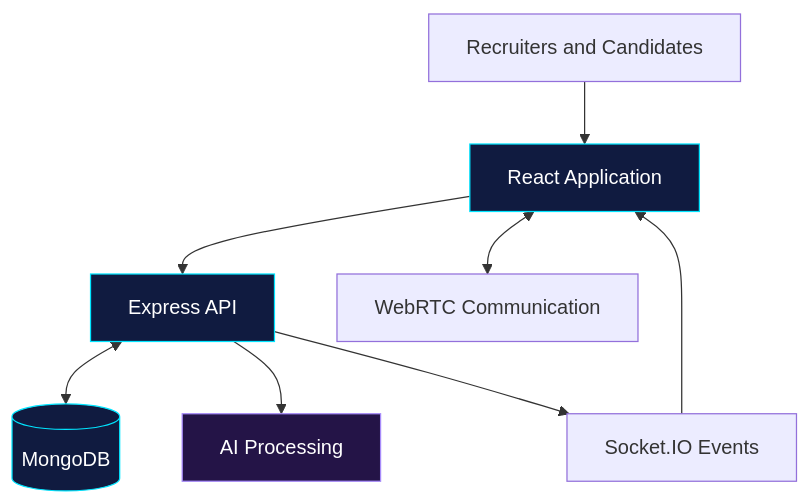
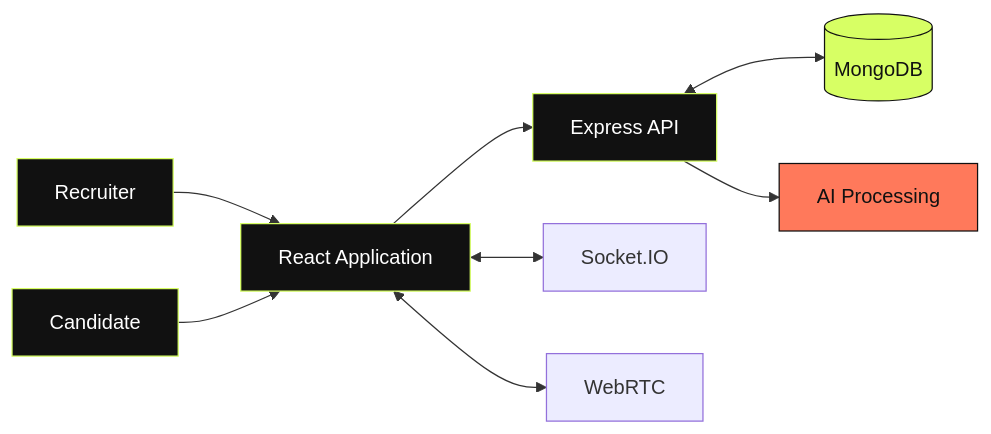
One commit to sandhruv/sandhruv changed the second of 3 diagrams in README.md. Above: the diagram before and after it, drawn with Mermaid. The commit also changed other lines of this file, not shown here.

````diff
--- a/README.md
+++ b/README.md
@@ -170,15 +192,17 @@
 ```mermaid
-flowchart TD
-    U[Recruiters and Candidates] --> UI[React Application]
-    UI --> API[Express API]
-    API <--> DB[(MongoDB)]
-    API --> AI[AI Processing]
-    API --> RT[Socket.IO Events]
-    UI <--> RTC[WebRTC Communication]
-    RT --> UI
+flowchart LR
+    A["Recruiter"] --> B["React Application"]
+    C["Candidate"] --> B
+    B --> D["Express API"]
+    D <--> E[("MongoDB")]
+    D --> F["AI Processing"]
+    B <--> G["Socket.IO"]
+    B <--> H["WebRTC"]
 
-    style UI fill:#101B40,stroke:#00E5FF,color:#FFFFFF
-    style API fill:#101B40,stroke:#00E5FF,color:#FFFFFF
-    style AI fill:#241447,stroke:#A78BFA,color:#FFFFFF
-    style DB fill:#101B40,stroke:#00E5FF,color:#FFFFFF
+    style A fill:#111111,stroke:#D7FF64,color:#FFFFFF
+    style C fill:#111111,stroke:#D7FF64,color:#FFFFFF
+    style B fill:#111111,stroke:#D7FF64,color:#FFFFFF
+    style D fill:#111111,stroke:#D7FF64,color:#FFFFFF
+    style E fill:#D7FF64,stroke:#111111,color:#111111
+    style F fill:#FF795B,stroke:#111111,color:#111111
 ```
````
